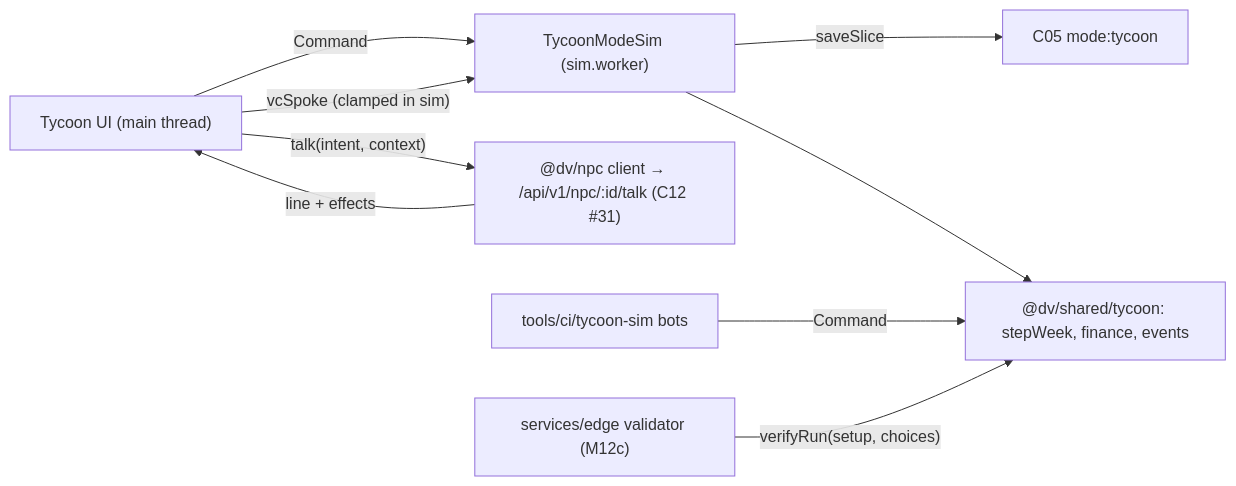
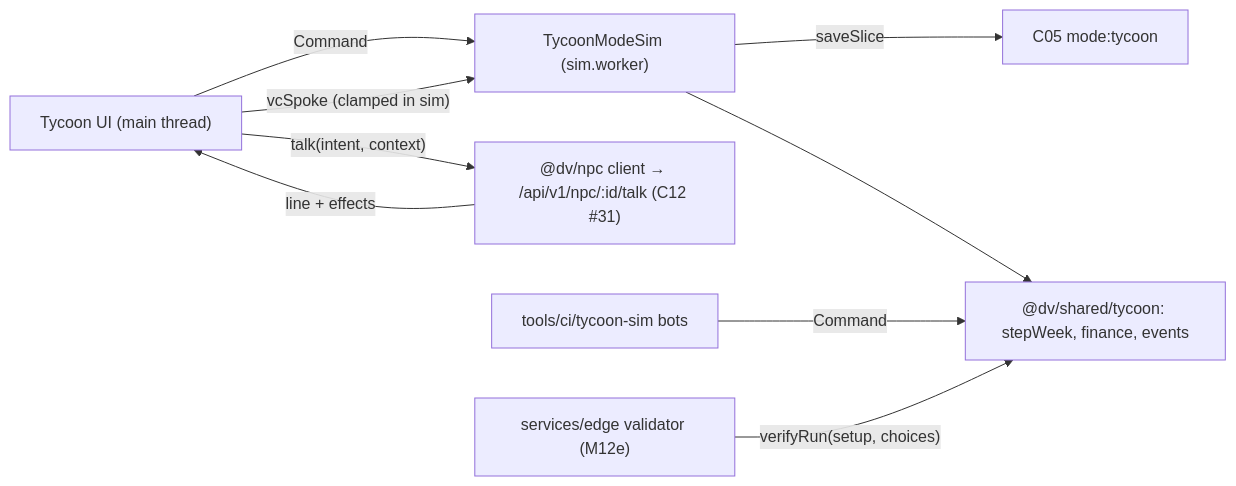
One commit to gratitude5dee/GTA-Tha-Bay changed the diagram in spec/domains/08-tycoon.md. Above: the diagram before and after it, drawn with Mermaid. The commit also changed other lines of this file and 109 other files, not shown here.

````diff
--- a/spec/domains/08-tycoon.md
+++ b/spec/domains/08-tycoon.md
@@ -65,11 +65,11 @@
 ```mermaid
 flowchart LR
   UI["Tycoon UI (main thread)"] -- "Command" --> MS["TycoonModeSim (sim.worker)"]
   MS --> CORE["@dv/shared/tycoon: stepWeek, finance, events"]
   UI -- "talk(intent, context)" --> NPC["@dv/npc client → /api/v1/npc/:id/talk (C12 #31)"]
   NPC -- "line + effects" --> UI
   UI -- "vcSpoke (clamped in sim)" --> MS
   MS -- "saveSlice" --> SAVE["C05 mode:tycoon"]
   BOT["tools/ci/tycoon-sim bots"] -- "Command" --> CORE
-  EDGE["services/edge validator (M12c)"] -- "verifyRun(setup, choices)" --> CORE
+  EDGE["services/edge validator (M12e)"] -- "verifyRun(setup, choices)" --> CORE
 ```
````
